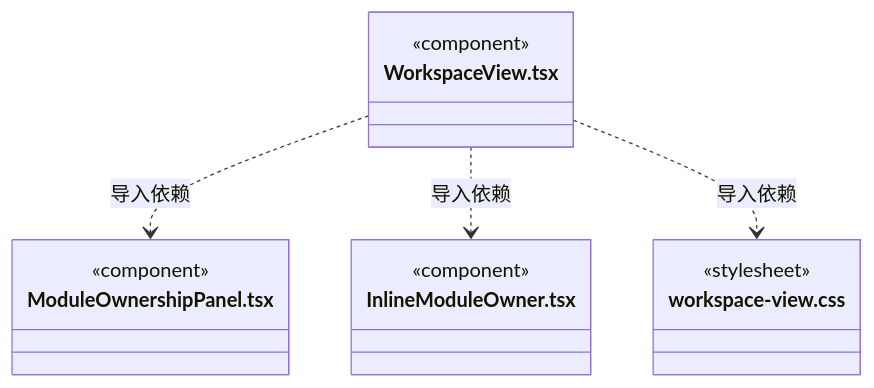
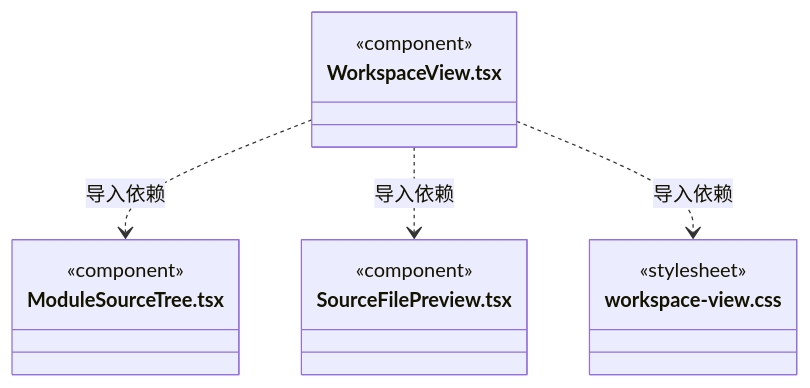
One commit to nan023062/cbim changed diagram 20 of 20 in src/view/workspace/ARCHITECTURE.md. Above: the diagram before and after it, drawn with Mermaid. The commit also changed other lines of this file and 112 other files, not shown here.

Commit message:
docs: align source architecture with current declarations and contracts

````diff
--- a/src/view/workspace/ARCHITECTURE.md
+++ b/src/view/workspace/ARCHITECTURE.md
@@ -512,18 +512,18 @@
 ```mermaid
 classDiagram
 class N_src_view_workspace_WorkspaceView_tsx["WorkspaceView.tsx"] {
   <<component>>
 }
-class N_src_view_workspace_ModuleOwnershipPanel_tsx["ModuleOwnershipPanel.tsx"] {
+class N_src_view_workspace_ModuleSourceTree_tsx["ModuleSourceTree.tsx"] {
   <<component>>
 }
-class N_src_view_workspace_InlineModuleOwner_tsx["InlineModuleOwner.tsx"] {
+class N_src_view_workspace_SourceFilePreview_tsx["SourceFilePreview.tsx"] {
   <<component>>
 }
 class N_src_view_workspace_workspace_view_css["workspace-view.css"] {
   <<stylesheet>>
 }
-N_src_view_workspace_WorkspaceView_tsx ..> N_src_view_workspace_ModuleOwnershipPanel_tsx : 导入依赖
-N_src_view_workspace_WorkspaceView_tsx ..> N_src_view_workspace_InlineModuleOwner_tsx : 导入依赖
+N_src_view_workspace_WorkspaceView_tsx ..> N_src_view_workspace_ModuleSourceTree_tsx : 导入依赖
+N_src_view_workspace_WorkspaceView_tsx ..> N_src_view_workspace_SourceFilePreview_tsx : 导入依赖
 N_src_view_workspace_WorkspaceView_tsx ..> N_src_view_workspace_workspace_view_css : 导入依赖
 ```
````
